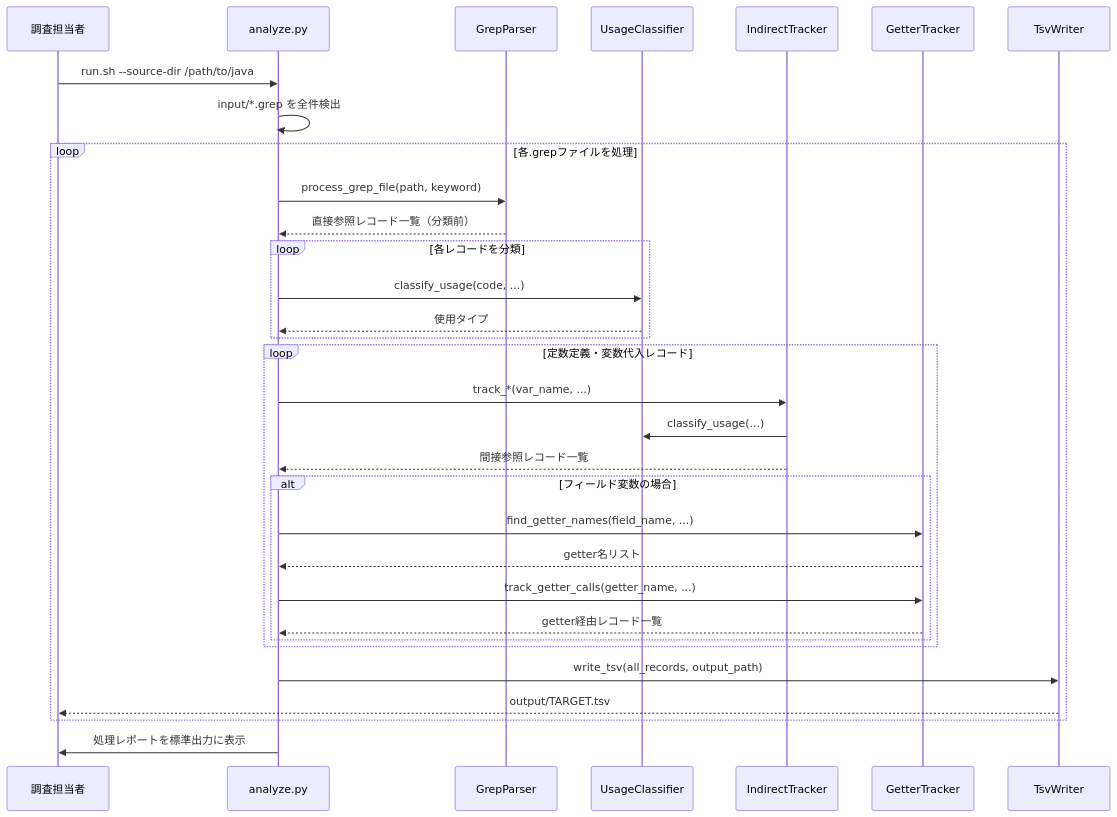
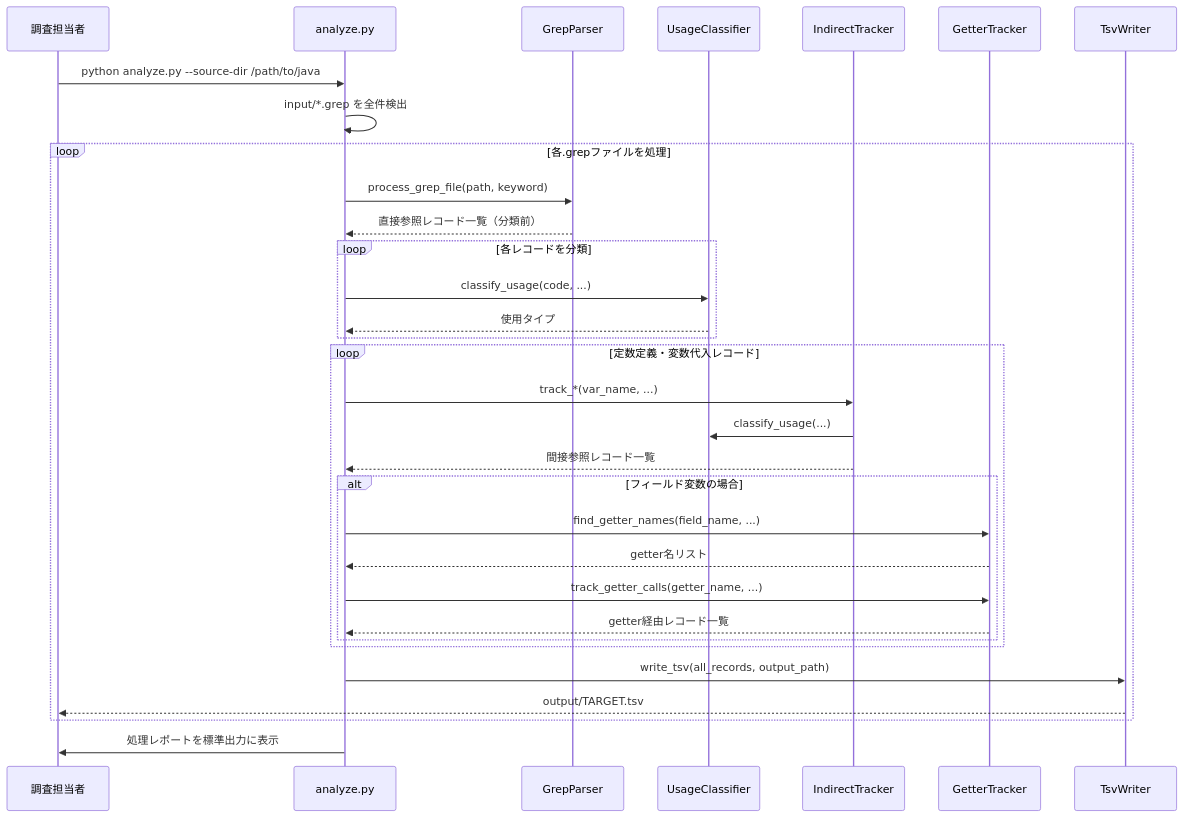
Before and after one commit to AkiraIsozaki/grep_helper_superpowers: the fourth of 5 diagrams in docs/functional-design.md, drawn with Mermaid. The commit also changed other lines of this file and 3 other files, not shown here.

````diff
--- a/docs/functional-design.md
+++ b/docs/functional-design.md
@@ -456,35 +456,35 @@
 ```mermaid
 sequenceDiagram
     participant User as 調査担当者
     participant CLI as analyze.py
     participant Parser as GrepParser
     participant Classifier as UsageClassifier
     participant Indirect as IndirectTracker
     participant Getter as GetterTracker
     participant Writer as TsvWriter
 
-    User->>CLI: run.sh --source-dir /path/to/java
+    User->>CLI: python analyze.py --source-dir /path/to/java
     CLI->>CLI: input/*.grep を全件検出
     loop 各.grepファイルを処理
         CLI->>Parser: process_grep_file(path, keyword)
         Parser-->>CLI: 直接参照レコード一覧（分類前）
         loop 各レコードを分類
             CLI->>Classifier: classify_usage(code, ...)
             Classifier-->>CLI: 使用タイプ
         end
         loop 定数定義・変数代入レコード
             CLI->>Indirect: track_*(var_name, ...)
             Indirect->>Classifier: classify_usage(...)
             Indirect-->>CLI: 間接参照レコード一覧
             alt フィールド変数の場合
                 CLI->>Getter: find_getter_names(field_name, ...)
                 Getter-->>CLI: getter名リスト
                 CLI->>Getter: track_getter_calls(getter_name, ...)
                 Getter-->>CLI: getter経由レコード一覧
             end
         end
         CLI->>Writer: write_tsv(all_records, output_path)
         Writer-->>User: output/TARGET.tsv
     end
     CLI->>User: 処理レポートを標準出力に表示
 ```
````
